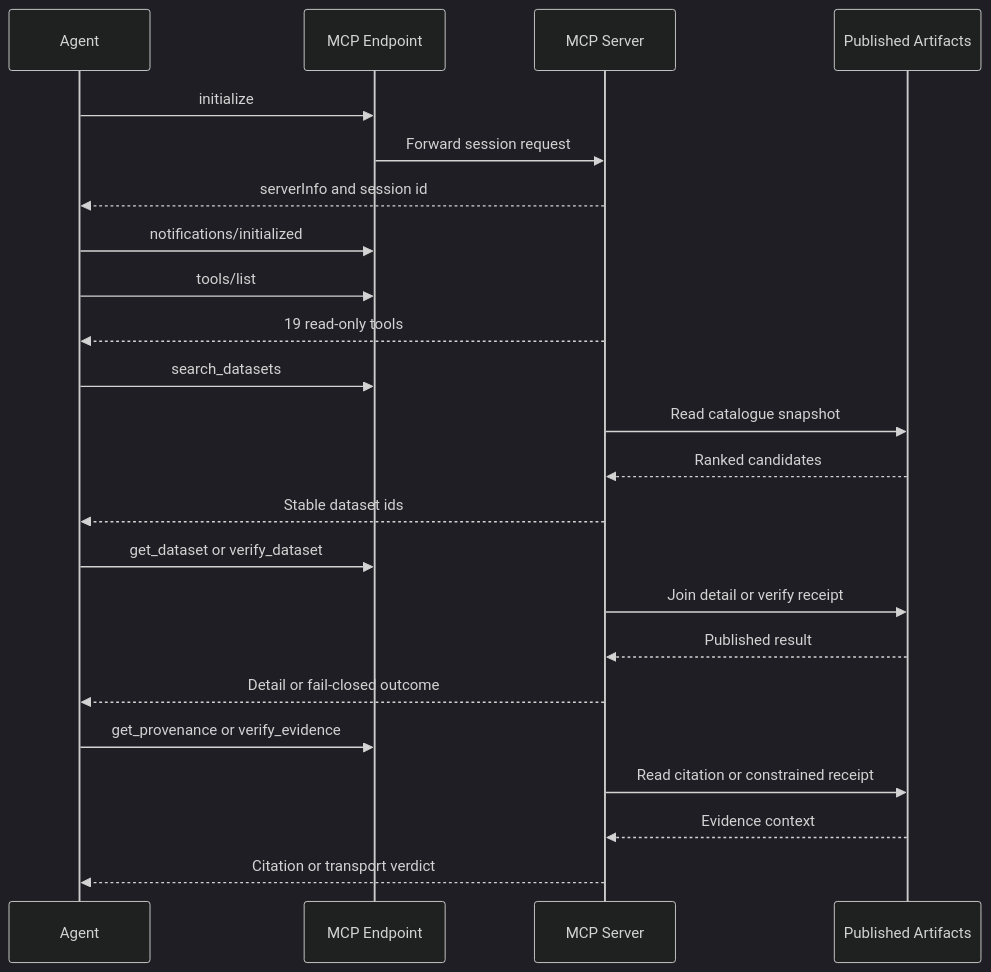
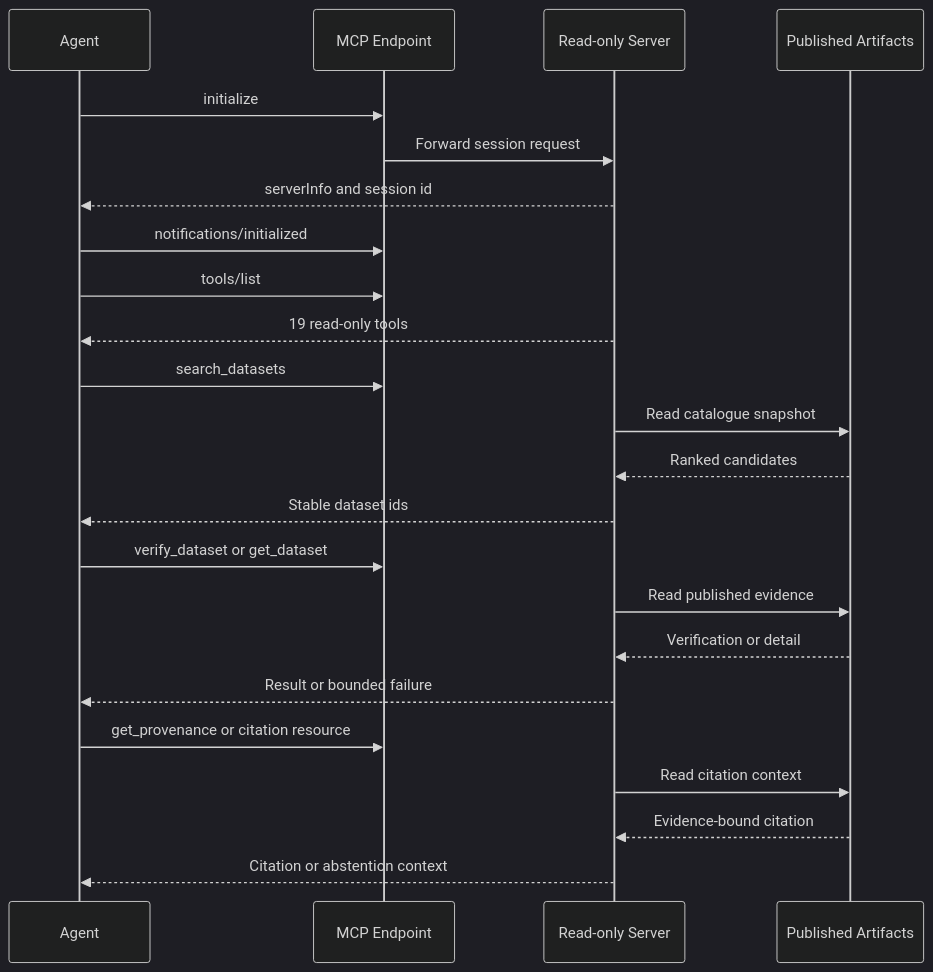
Before and after one commit to r3dz4r/datapulse-my: the first of 2 diagrams in openwiki/mcp.md, drawn with Mermaid (dark theme). The commit also changed other lines of this file and 4 other files, not shown here.

````diff
--- a/openwiki/mcp.md
+++ b/openwiki/mcp.md
@@ -44,25 +35,25 @@
 ```mermaid
 sequenceDiagram
     participant Agent
     participant Edge as MCP Endpoint
-    participant Server as MCP Server
+    participant Server as Read-only Server
     participant Artifacts as Published Artifacts
     Agent->>Edge: initialize
     Edge->>Server: Forward session request
     Server-->>Agent: serverInfo and session id
     Agent->>Edge: notifications/initialized
     Agent->>Edge: tools/list
     Server-->>Agent: 19 read-only tools
     Agent->>Edge: search_datasets
     Server->>Artifacts: Read catalogue snapshot
     Artifacts-->>Server: Ranked candidates
     Server-->>Agent: Stable dataset ids
-    Agent->>Edge: get_dataset or verify_dataset
-    Server->>Artifacts: Join detail or verify receipt
-    Artifacts-->>Server: Published result
-    Server-->>Agent: Detail or fail-closed outcome
-    Agent->>Edge: get_provenance or verify_evidence
-    Server->>Artifacts: Read citation or constrained receipt
-    Artifacts-->>Server: Evidence context
-    Server-->>Agent: Citation or transport verdict
+    Agent->>Edge: verify_dataset or get_dataset
+    Server->>Artifacts: Read published evidence
+    Artifacts-->>Server: Verification or detail
+    Server-->>Agent: Result or bounded failure
+    Agent->>Edge: get_provenance or citation resource
+    Server->>Artifacts: Read citation context
+    Artifacts-->>Server: Evidence-bound citation
+    Server-->>Agent: Citation or abstention context
 ```
````
